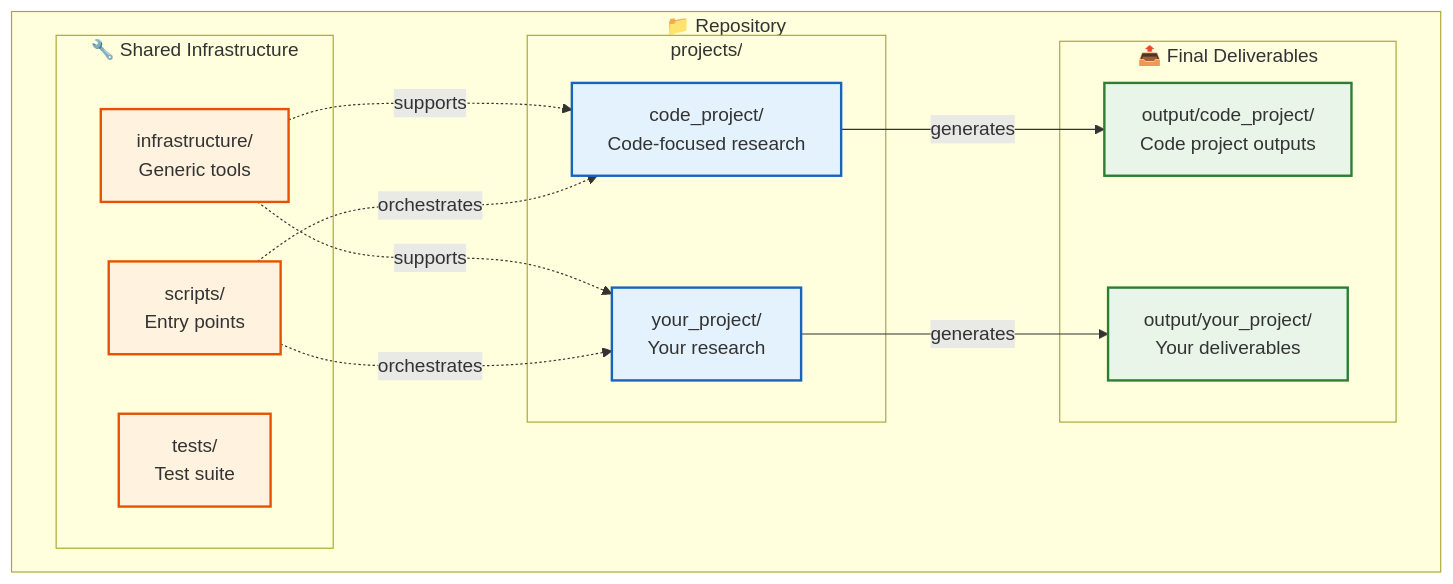
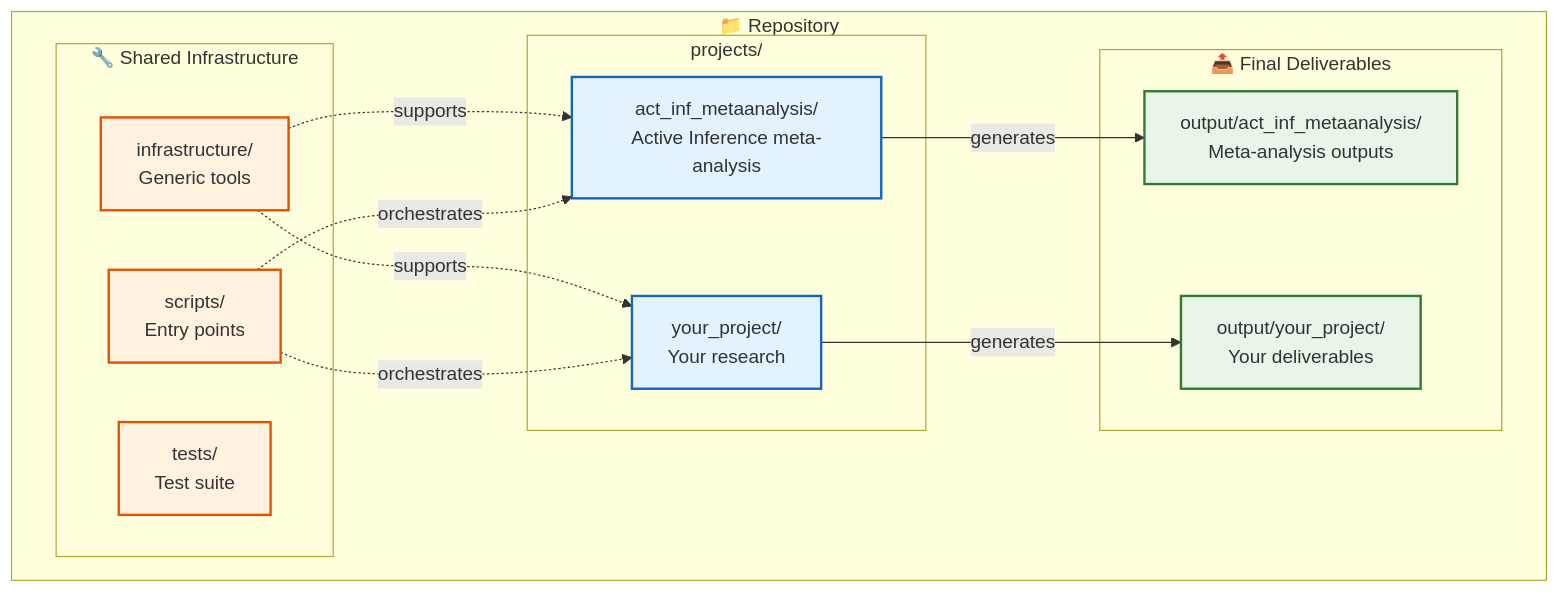
Before and after one commit to docxology/template: the third of 14 diagrams in README.md, drawn with Mermaid. The commit also changed other lines of this file and 738 other files, not shown here.

````diff
--- a/README.md
+++ b/README.md
@@ -232,37 +232,37 @@
 ```mermaid
 graph TB
     subgraph Repository["📁 Repository"]
         subgraph Projects["projects/"]
-            P1[code_project/<br/>Code-focused research]
+            P1[act_inf_metaanalysis/<br/>Active Inference meta-analysis]
             PN[your_project/<br/>Your research]
         end
 
         subgraph Shared["🔧 Shared Infrastructure"]
             INFRA[infrastructure/<br/>Generic tools]
             SCRIPTS[scripts/<br/>Entry points]
             TESTS[tests/<br/>Test suite]
         end
 
         subgraph Output["📤 Final Deliverables"]
-            OUT1[output/code_project/<br/>Code project outputs]
+            OUT1[output/act_inf_metaanalysis/<br/>Meta-analysis outputs]
             OUTN[output/your_project/<br/>Your deliverables]
         end
     end
 
     P1 -->|generates| OUT1
     PN -->|generates| OUTN
 
     INFRA -.->|supports| P1
     INFRA -.->|supports| PN
 
     SCRIPTS -.->|orchestrates| P1
     SCRIPTS -.->|orchestrates| PN
 
     classDef project fill:#e3f2fd,stroke:#1565c0,stroke-width:2px
     classDef shared fill:#fff3e0,stroke:#e65100,stroke-width:2px
     classDef output fill:#e8f5e8,stroke:#2e7d32,stroke-width:2px
 
     class P1,PN project
     class INFRA,SCRIPTS,TESTS shared
     class OUT1,OUTN output
 ```
````
